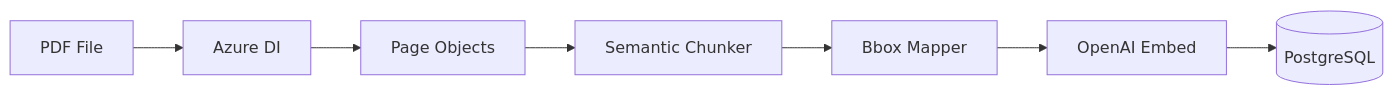
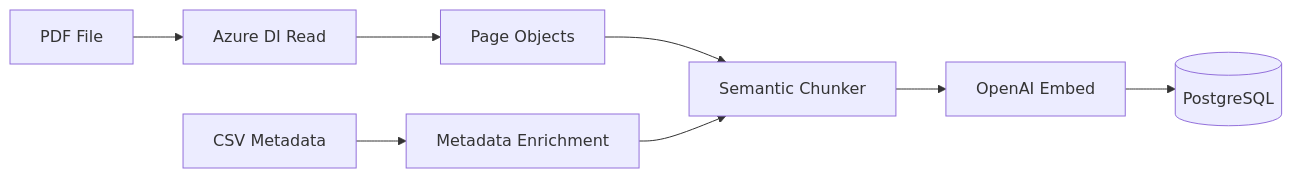
Before and after one commit to pranavkalal/AI-Knowledge-Hub: the diagram in docs/ingestion.md, drawn with Mermaid. The commit also changed other lines of this file and 4 other files, not shown here.

First line of the commit message:
feat(ingestion): add Azure Read parser with CSV metadata integration

````diff
--- a/docs/ingestion.md
+++ b/docs/ingestion.md
@@ -7,9 +7,10 @@
 ```mermaid
 flowchart LR
-    PDF[PDF File] --> Azure[Azure DI]
+    PDF[PDF File] --> Azure[Azure DI Read]
+    CSV[CSV Metadata] --> Enrich[Metadata Enrichment]
     Azure --> Pages[Page Objects]
     Pages --> Chunk[Semantic Chunker]
-    Chunk --> Bbox[Bbox Mapper]
-    Bbox --> Embed[OpenAI Embed]
+    Enrich --> Chunk
+    Chunk --> Embed[OpenAI Embed]
     Embed --> PG[(PostgreSQL)]
 ```
````
